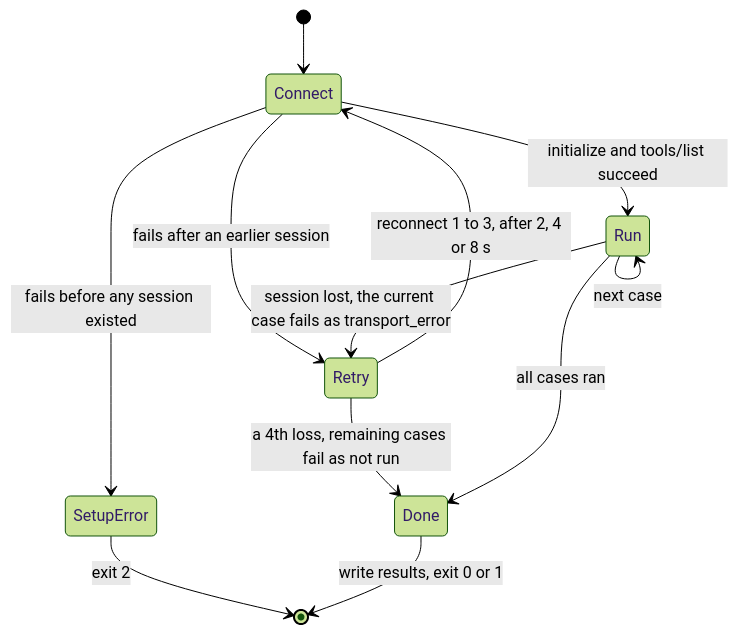
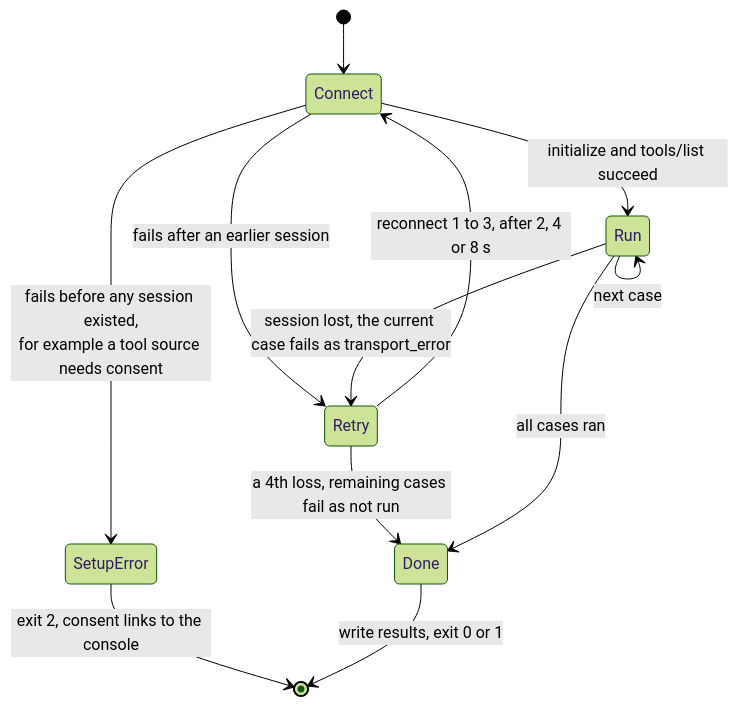
The eighth of 17 diagrams in docs/architecture.md (bradrlaw/foundryToolboxEval), drawn with Mermaid (forest theme) before and after one commit. The commit also changed other lines of this file and 36 other files, not shown here.

````diff
--- a/docs/architecture.md
+++ b/docs/architecture.md
@@ -341,14 +362,14 @@
 ```mermaid
 stateDiagram-v2
     [*] --> Connect
     Connect --> Run: initialize and tools/list succeed
-    Connect --> SetupError: fails before any session existed
+    Connect --> SetupError: fails before any session existed,<br/>for example a tool source needs consent
     Connect --> Retry: fails after an earlier session
     Run --> Run: next case
     Run --> Retry: session lost, the current case fails as transport_error
     Retry --> Connect: reconnect 1 to 3, after 2, 4 or 8 s
     Retry --> Done: a 4th loss, remaining cases fail as not run
     Run --> Done: all cases ran
-    SetupError --> [*]: exit 2
+    SetupError --> [*]: exit 2, consent links to the console
     Done --> [*]: write results, exit 0 or 1
 ```
````
